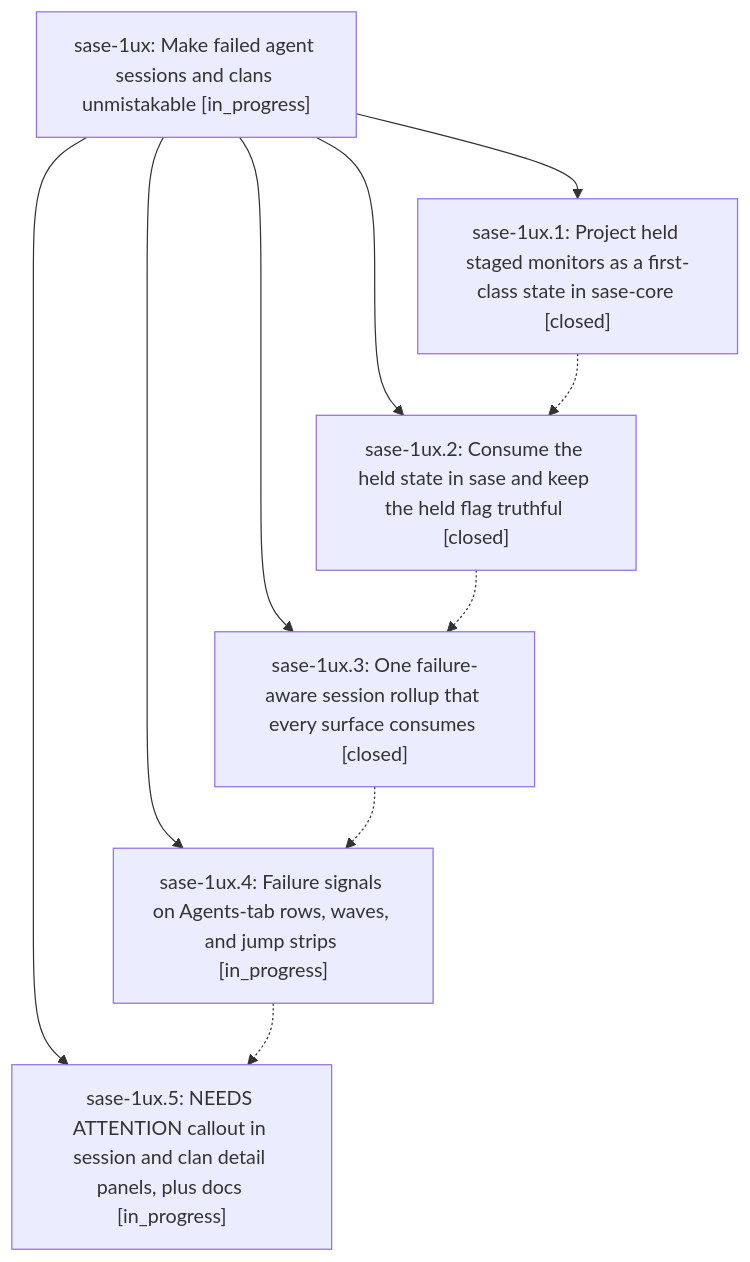
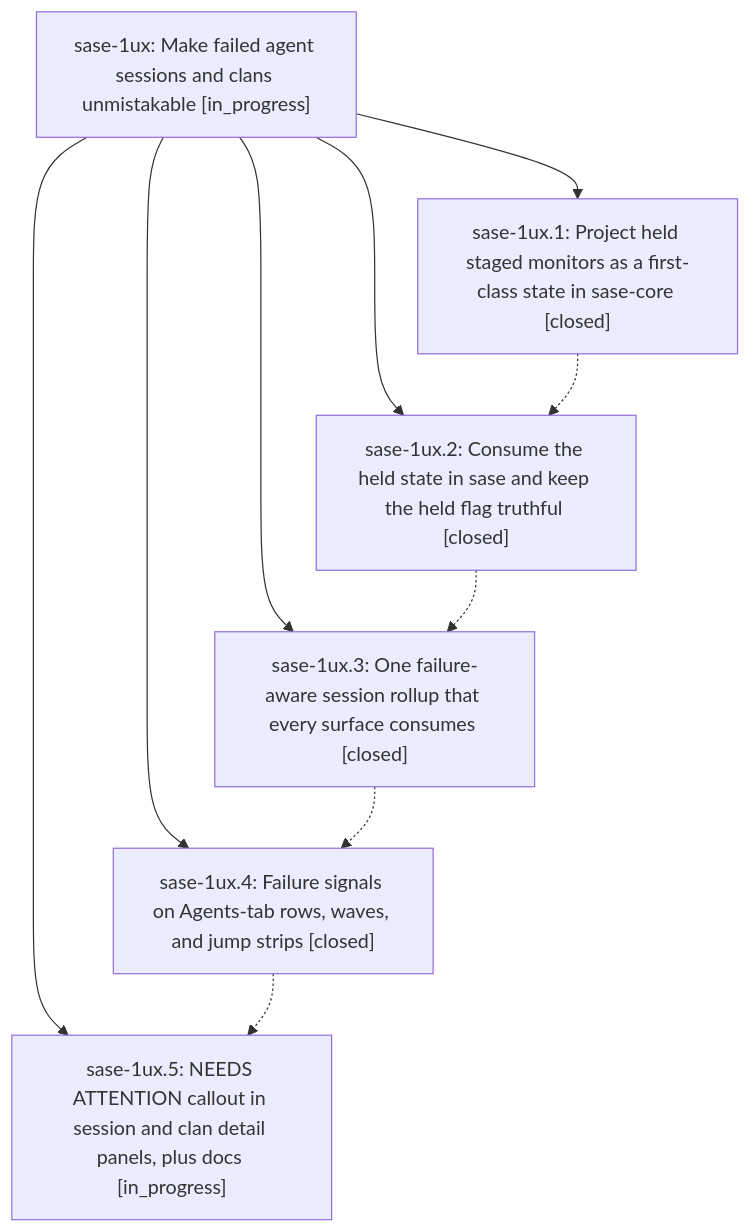
The diagram in pages/sase-1ux/README.md (sase-org/sase--beads), drawn with Mermaid before and after one commit. The commit also changed other lines of this file and 3 other files, not shown here.

````diff
--- a/pages/sase-1ux/README.md
+++ b/pages/sase-1ux/README.md
@@ -40,18 +40,18 @@
 ```mermaid
 flowchart TD
     n0["sase-1ux: Make failed agent sessions and clans unmistakable [in_progress]"]
     n1["sase-1ux.1: Project held staged monitors as a first-class state in sase-core [closed]"]
     n2["sase-1ux.2: Consume the held state in sase and keep the held flag truthful [closed]"]
     n3["sase-1ux.3: One failure-aware session rollup that every surface consumes [closed]"]
-    n4["sase-1ux.4: Failure signals on Agents-tab rows, waves, and jump strips [in_progress]"]
+    n4["sase-1ux.4: Failure signals on Agents-tab rows, waves, and jump strips [closed]"]
     n5["sase-1ux.5: NEEDS ATTENTION callout in session and clan detail panels, plus docs [in_progress]"]
     n0 --> n1
     n0 --> n2
     n0 --> n3
     n0 --> n4
     n0 --> n5
     n1 -.-> n2
     n2 -.-> n3
     n3 -.-> n4
     n4 -.-> n5
 ```
````
